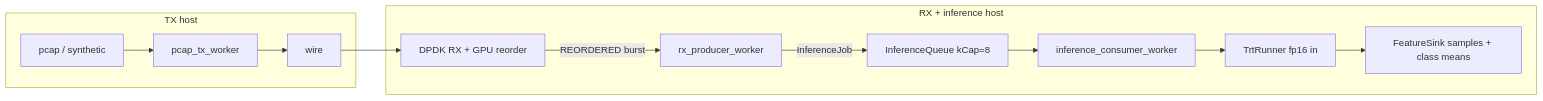
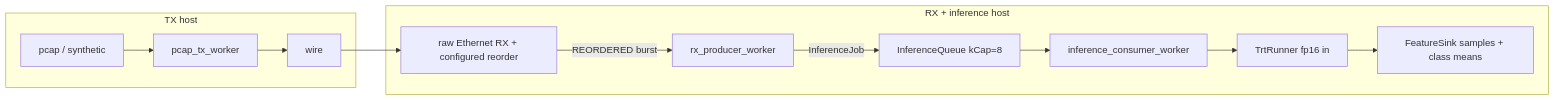
The diagram in docs/tutorials/daqiri-resnet-inference.md (NVIDIA/daqiri), drawn with Mermaid before and after one commit. The commit also changed other lines of this file and 4 other files, not shown here.

````diff
--- a/docs/tutorials/daqiri-resnet-inference.md
+++ b/docs/tutorials/daqiri-resnet-inference.md
@@ -73,16 +72,16 @@
 ```mermaid
 flowchart LR
   subgraph txHost ["TX host"]
     Pcap["pcap / synthetic"]
     TxW["pcap_tx_worker"]
     Pcap --> TxW --> Wire["wire"]
   end
   subgraph rxHost ["RX + inference host"]
-    Wire --> NicRx["DPDK RX + GPU reorder"]
+    Wire --> NicRx["raw Ethernet RX + configured reorder"]
     NicRx -->|"REORDERED burst"| Prod["rx_producer_worker"]
     Prod -->|"InferenceJob"| SPSC["InferenceQueue kCap=8"]
     SPSC --> Cons["inference_consumer_worker"]
     Cons --> TRT["TrtRunner fp16 in"]
     TRT --> Sink["FeatureSink samples + class means"]
   end
 ```
````
